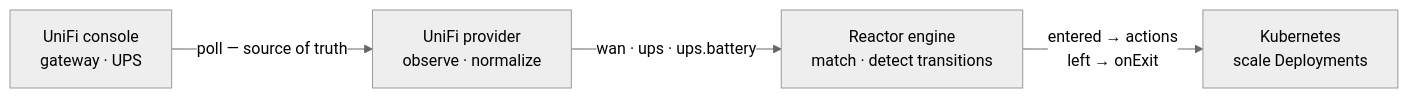
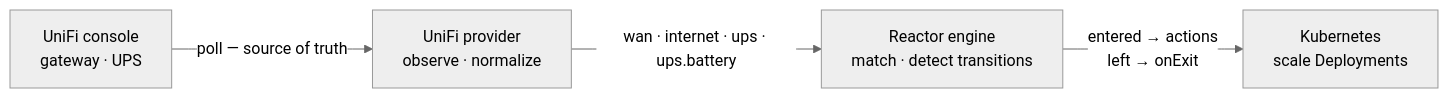
Before and after one commit to robbeverhelst/unifi-reactor: the diagram in README.md, drawn with Mermaid (neutral theme). The commit also changed other lines of this file and 19 other files, not shown here.

````diff
--- a/README.md
+++ b/README.md
@@ -39,6 +39,6 @@
 ```mermaid
 flowchart LR
     U["UniFi console<br/>gateway · UPS"] -->|"poll — source of truth"| P["UniFi provider<br/>observe · normalize"]
-    P -->|"wan · ups · ups.battery"| E["Reactor engine<br/>match · detect transitions"]
+    P -->|"wan · internet · ups · ups.battery"| E["Reactor engine<br/>match · detect transitions"]
     E -->|"entered → actions<br/>left → onExit"| K["Kubernetes<br/>scale Deployments"]
 ```
````
